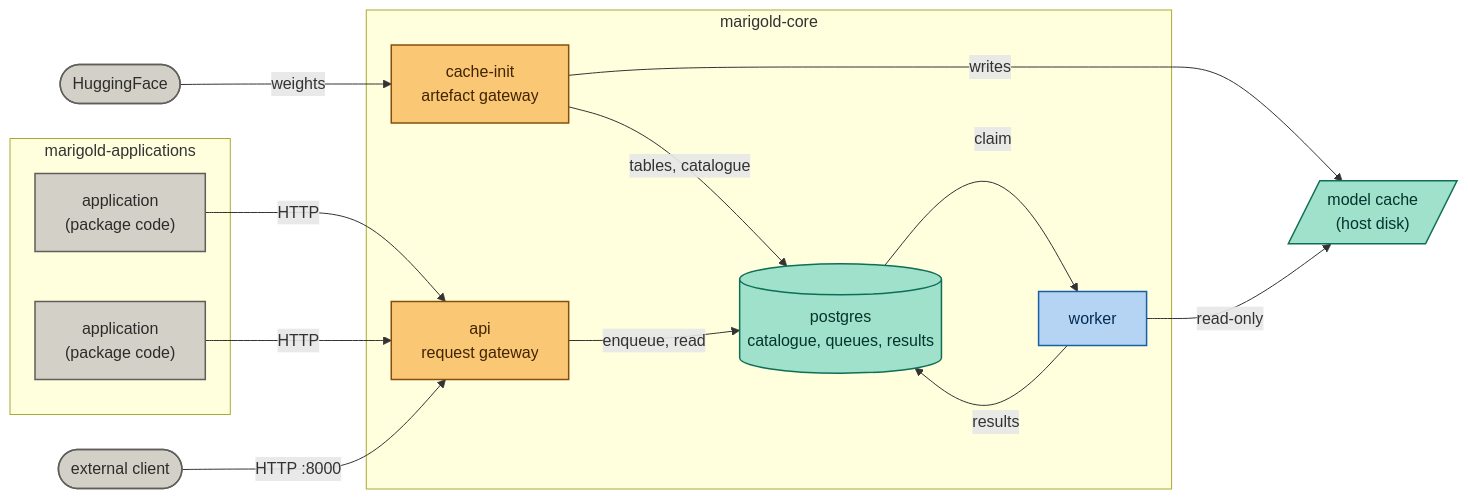
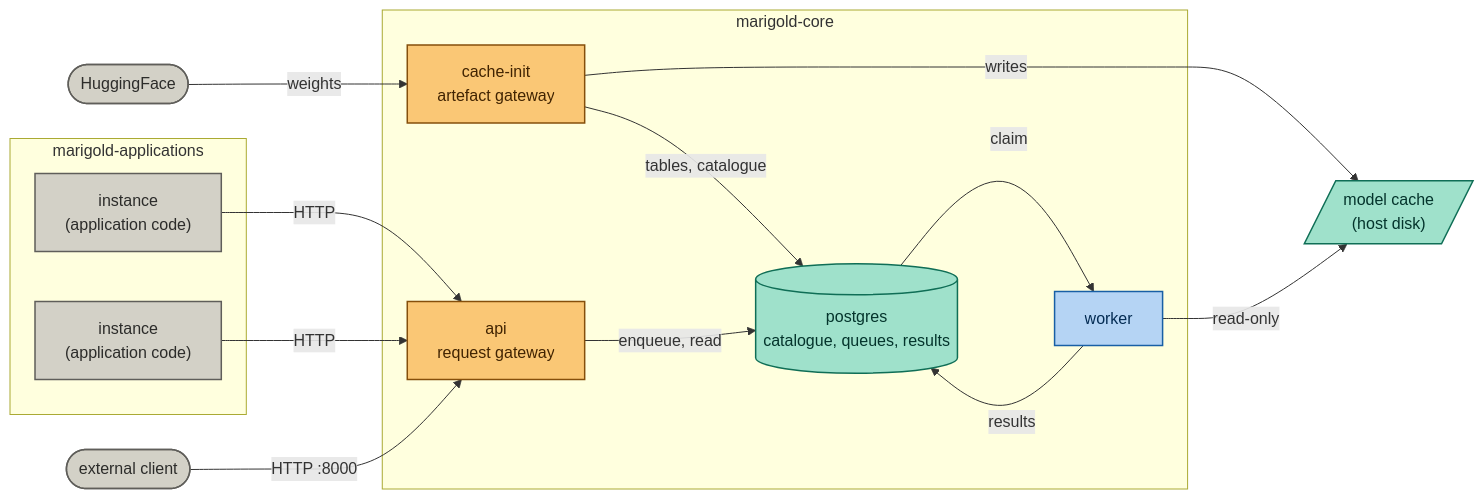
Before and after one commit to bayinfosys/marigold: the first of 2 diagrams in README.md, drawn with Mermaid. The commit also changed other lines of this file and 76 other files, not shown here.

````diff
--- a/README.md
+++ b/README.md
@@ -138,34 +149,34 @@
 ```mermaid
 flowchart LR
     classDef gw  fill:#FAC775,stroke:#854F0B,color:#412402,stroke-width:1.5px
     classDef svc fill:#B5D4F4,stroke:#185FA5,color:#042C53,stroke-width:1.5px
     classDef app fill:#D3D1C7,stroke:#5F5E5A,color:#2C2C2A,stroke-width:1.5px
     classDef st  fill:#9FE1CB,stroke:#0F6E56,color:#04342C,stroke-width:1.5px
 
     HF([HuggingFace]):::app
     CLIENT([external client]):::app
 
     subgraph APPS[marigold-applications]
-        APP1["application\n(package code)"]:::app
-        APP2["application\n(package code)"]:::app
+        APP1["instance\n(application code)"]:::app
+        APP2["instance\n(application code)"]:::app
     end
 
     subgraph CORE[marigold-core]
         CACHE["cache-init\nartefact gateway"]:::gw
         API["api\nrequest gateway"]:::gw
         PG[("postgres\ncatalogue, queues, results")]:::st
         WRK["worker"]:::svc
     end
 
     DISK[/"model cache\n(host disk)"/]:::st
 
     HF -->|weights| CACHE
     CACHE -->|writes| DISK
     CACHE -->|tables, catalogue| PG
     APP1 & APP2 -->|HTTP| API
     CLIENT -->|HTTP :8000| API
     API -->|enqueue, read| PG
     PG -->|claim| WRK
     WRK -->|read-only| DISK
     WRK -->|results| PG
 ```
````
